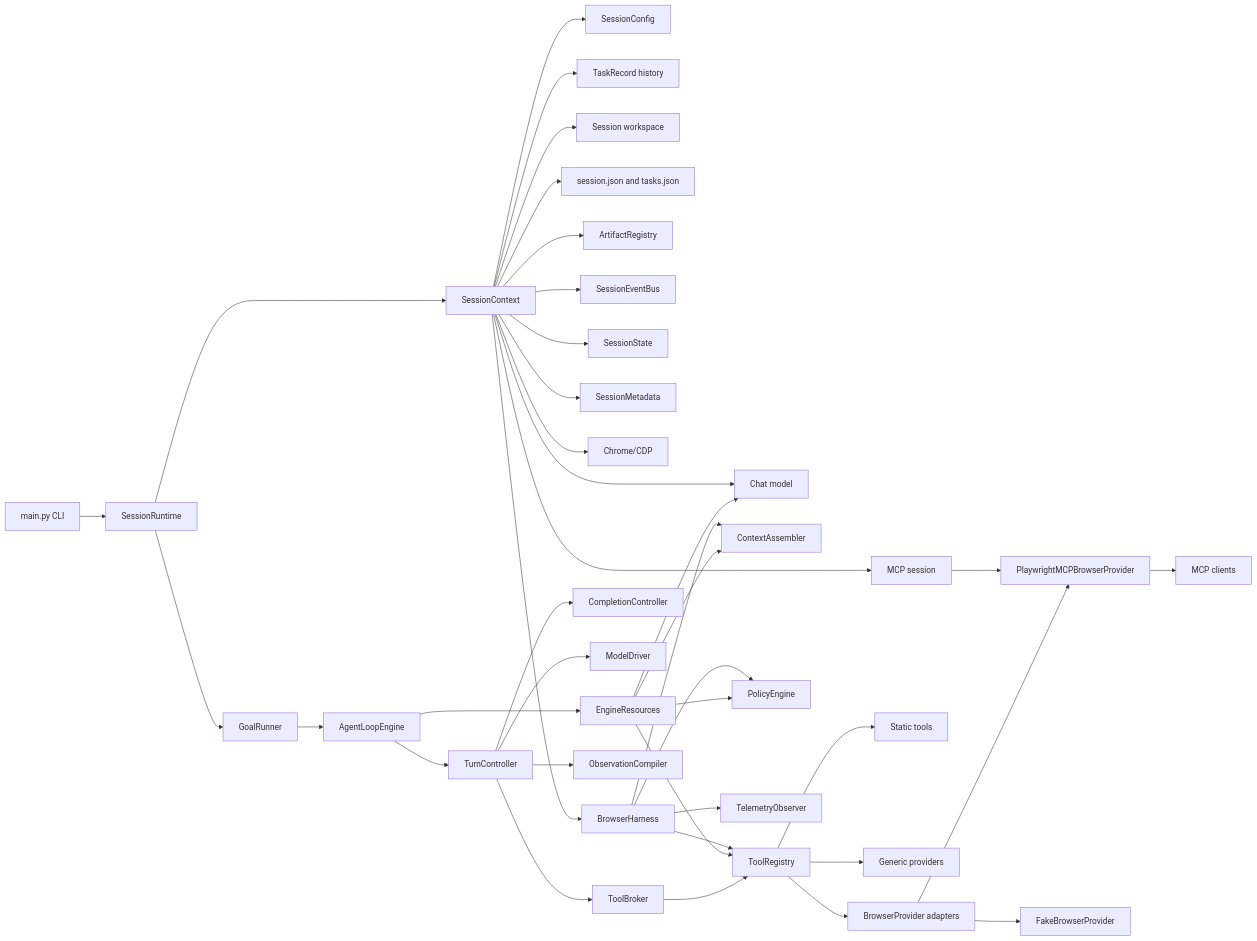
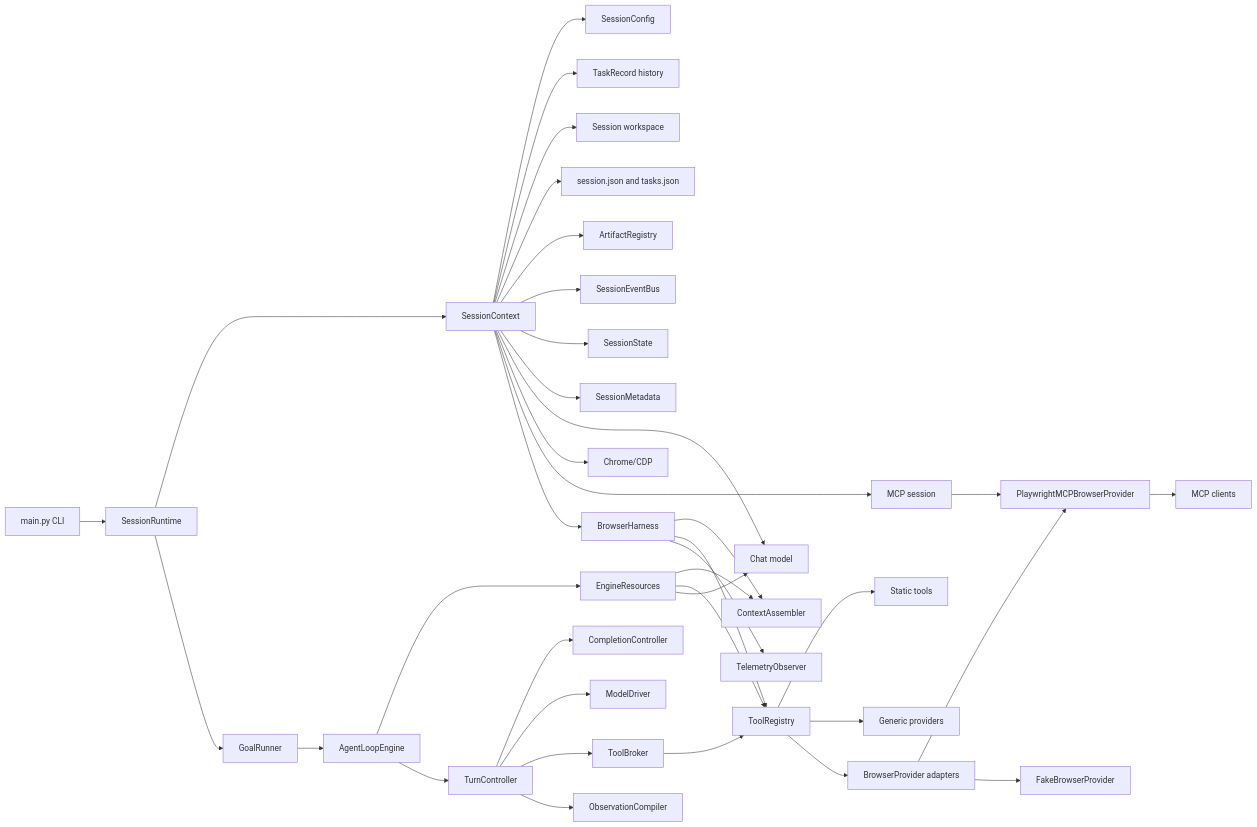
The diagram in docs/diagrams/harness-boundaries.md (Hastur456/AutoBrowser), drawn with Mermaid before and after one commit. The commit also changed 39 other files, not shown here.

````diff
--- a/docs/diagrams/harness-boundaries.md
+++ b/docs/diagrams/harness-boundaries.md
@@ -8,41 +8,39 @@
 ```mermaid
 flowchart LR
   CLI[main.py CLI] --> Session[SessionRuntime]
   Session --> SessionCtx[SessionContext]
   SessionCtx --> Config[SessionConfig]
   SessionCtx --> Tasks[TaskRecord history]
   SessionCtx --> Workspace[Session workspace]
   SessionCtx --> SessionFiles[session.json and tasks.json]
   SessionCtx --> Artifacts[ArtifactRegistry]
   SessionCtx --> Events[SessionEventBus]
   SessionCtx --> State[SessionState]
   SessionCtx --> Metadata[SessionMetadata]
   SessionCtx --> LLM[Chat model]
   SessionCtx --> Chrome[Chrome/CDP]
   SessionCtx --> MCPRuntime[MCP session]
   SessionCtx --> Harness[BrowserHarness]
   MCPRuntime --> PlaywrightProvider[PlaywrightMCPBrowserProvider]
   Session --> GoalRunner[GoalRunner]
   GoalRunner --> Engine[AgentLoopEngine]
   Harness --> ContextAssembler[ContextAssembler]
   Harness --> Tools[ToolRegistry]
-  Harness --> Policy[PolicyEngine]
   Harness --> Telemetry[TelemetryObserver]
   Engine --> Resources[EngineResources]
   Resources --> ContextAssembler
   Resources --> Tools
-  Resources --> Policy
   Resources --> LLM
   Tools --> StaticTools[Static tools]
   Tools --> Providers[Generic providers]
   Tools --> BrowserProviders[BrowserProvider adapters]
   BrowserProviders --> PlaywrightProvider
   BrowserProviders --> FakeProvider[FakeBrowserProvider]
   PlaywrightProvider --> MCP[MCP clients]
   Engine --> TurnController[TurnController]
   TurnController --> Completion[CompletionController]
   TurnController --> ModelDriver[ModelDriver]
   TurnController --> ToolBroker[ToolBroker]
   TurnController --> ObsCompiler[ObservationCompiler]
   ToolBroker --> Tools
 ```
````
